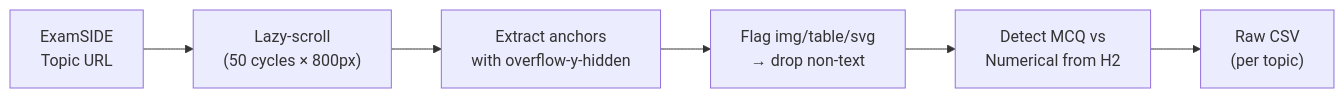
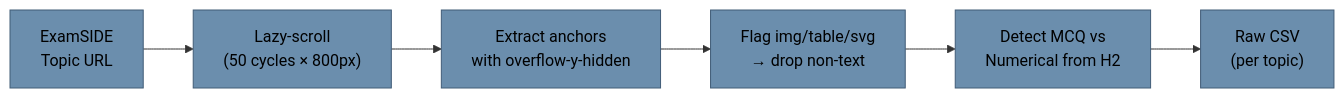
One commit to devangi-08/LECO changed the second of 5 diagrams in ARCHITECTURE.md. Above: the diagram before and after it, drawn with Mermaid. The commit also changed other lines of this file, not shown here.

````diff
--- a/ARCHITECTURE.md
+++ b/ARCHITECTURE.md
@@ -48,8 +50,10 @@
 ```mermaid
 flowchart LR
-    URL["ExamSIDE\nTopic URL"] --> SCROLL["Lazy-scroll\n(50 cycles × 800px)"]
-    SCROLL --> EXTRACT["Extract anchors\nwith overflow-y-hidden"]
-    EXTRACT --> FILTER["Flag img/table/svg\n→ drop non-text"]
-    FILTER --> QTYPE["Detect MCQ vs\nNumerical from H2"]
-    QTYPE --> CSV["Raw CSV\n(per topic)"]
+    classDef cobalt fill:#6B8EAD,stroke:#415C77,color:#000000
+    
+    URL["ExamSIDE\nTopic URL"]:::cobalt --> SCROLL["Lazy-scroll\n(50 cycles × 800px)"]:::cobalt
+    SCROLL --> EXTRACT["Extract anchors\nwith overflow-y-hidden"]:::cobalt
+    EXTRACT --> FILTER["Flag img/table/svg\n→ drop non-text"]:::cobalt
+    FILTER --> QTYPE["Detect MCQ vs\nNumerical from H2"]:::cobalt
+    QTYPE --> CSV["Raw CSV\n(per topic)"]:::cobalt
 ```
````
